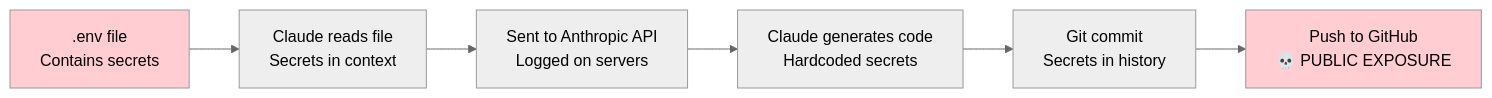
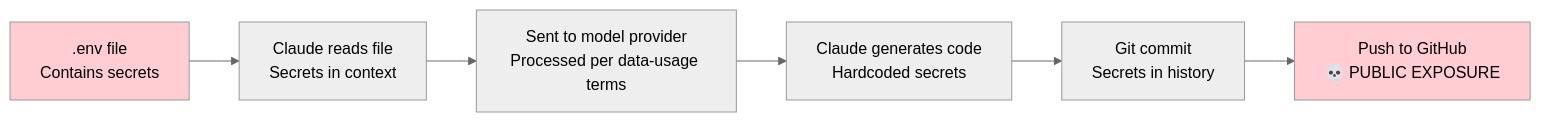
One commit to ShipWithAI/claude-code-mastery changed the diagram in src/content/docs/en/claude-code/phase-02-security/04-secret-management.md. Above: the diagram before and after it, drawn with Mermaid (neutral theme). The commit also changed other lines of this file and 1 other file, not shown here.

````diff
--- a/src/content/docs/en/claude-code/phase-02-security/04-secret-management.md
+++ b/src/content/docs/en/claude-code/phase-02-security/04-secret-management.md
@@ -28,11 +33,10 @@
 ```mermaid
 graph LR
     A[".env file<br/>Contains secrets"] --> B["Claude reads file<br/>Secrets in context"]
-    B --> C["Sent to Anthropic API<br/>Logged on servers"]
+    B --> C["Sent to model provider<br/>Processed per data-usage terms"]
     C --> D["Claude generates code<br/>Hardcoded secrets"]
     D --> E["Git commit<br/>Secrets in history"]
     E --> F["Push to GitHub<br/>💀 PUBLIC EXPOSURE"]
-
     style A fill:#ffcdd2
     style F fill:#ffcdd2
 ```
````
